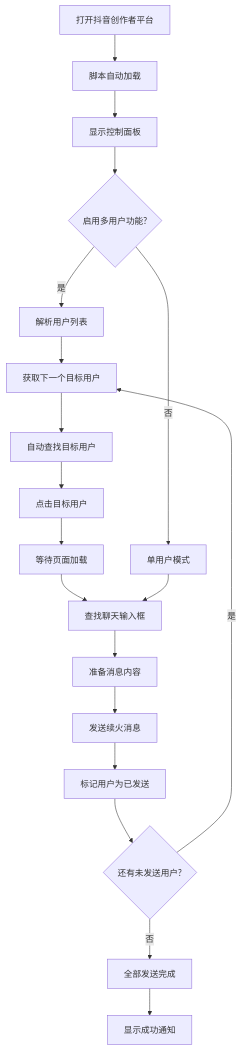
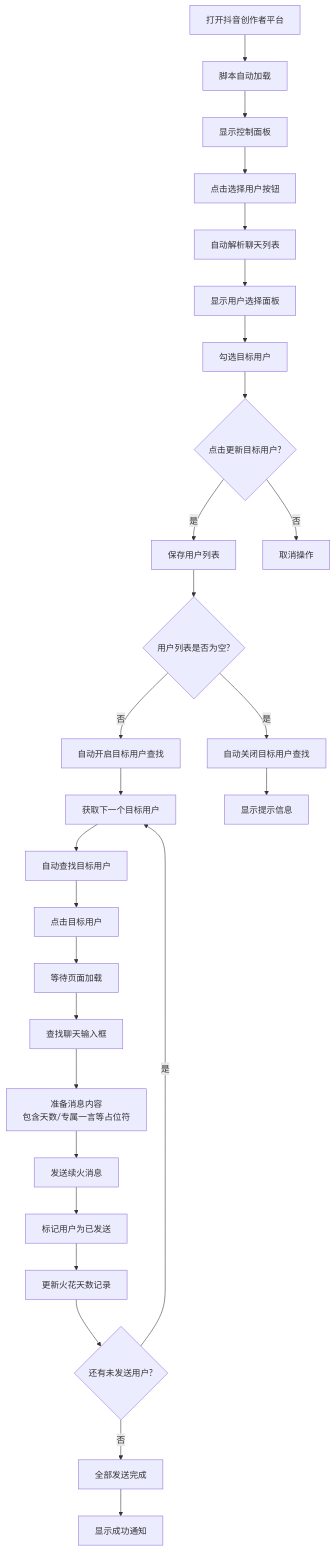
One commit to dr-190/ScriptCat-Douyin-Fire-Helper changed the diagram in README.md. Above: the diagram before and after it, drawn with Mermaid. The commit also changed other lines of this file, not shown here.

````diff
--- a/README.md
+++ b/README.md
@@ -82,21 +111,29 @@
 ```mermaid
 graph TD
     A[打开抖音创作者平台] --> B[脚本自动加载]
     B --> C[显示控制面板]
-    C --> D{启用多用户功能?}
-    D -->|是| E[解析用户列表]
-    D -->|否| F[单用户模式]
-    E --> G[获取下一个目标用户]
-    G --> H[自动查找目标用户]
-    H --> I[点击目标用户]
-    I --> J[等待页面加载]
-    J --> K[查找聊天输入框]
-    F --> K
-    K --> L[准备消息内容]
-    L --> M[发送续火消息]
-    M --> N[标记用户为已发送]
-    N --> O{还有未发送用户?}
-    O -->|是| G
-    O -->|否| P[全部发送完成]
-    P --> Q[显示成功通知]
+    C --> D[点击选择用户按钮]
+    D --> E[自动解析聊天列表]
+    E --> F[显示用户选择面板]
+    F --> G[勾选目标用户]
+    G --> H{点击更新目标用户?}
+    H -->|是| I[保存用户列表]
+    H -->|否| J[取消操作]
+    I --> K{用户列表是否为空?}
+    K -->|是| L[自动关闭目标用户查找]
+    K -->|否| M[自动开启目标用户查找]
+    M --> N[获取下一个目标用户]
+    N --> O[自动查找目标用户]
+    O --> P[点击目标用户]
+    P --> Q[等待页面加载]
+    Q --> R[查找聊天输入框]
+    R --> S[准备消息内容<br>包含天数/专属一言等占位符]
+    S --> T[发送续火消息]
+    T --> U[标记用户为已发送]
+    U --> V[更新火花天数记录]
+    V --> W{还有未发送用户?}
+    W -->|是| N
+    W -->|否| X[全部发送完成]
+    X --> Y[显示成功通知]
+    L --> Z[显示提示信息]
 ```
````
